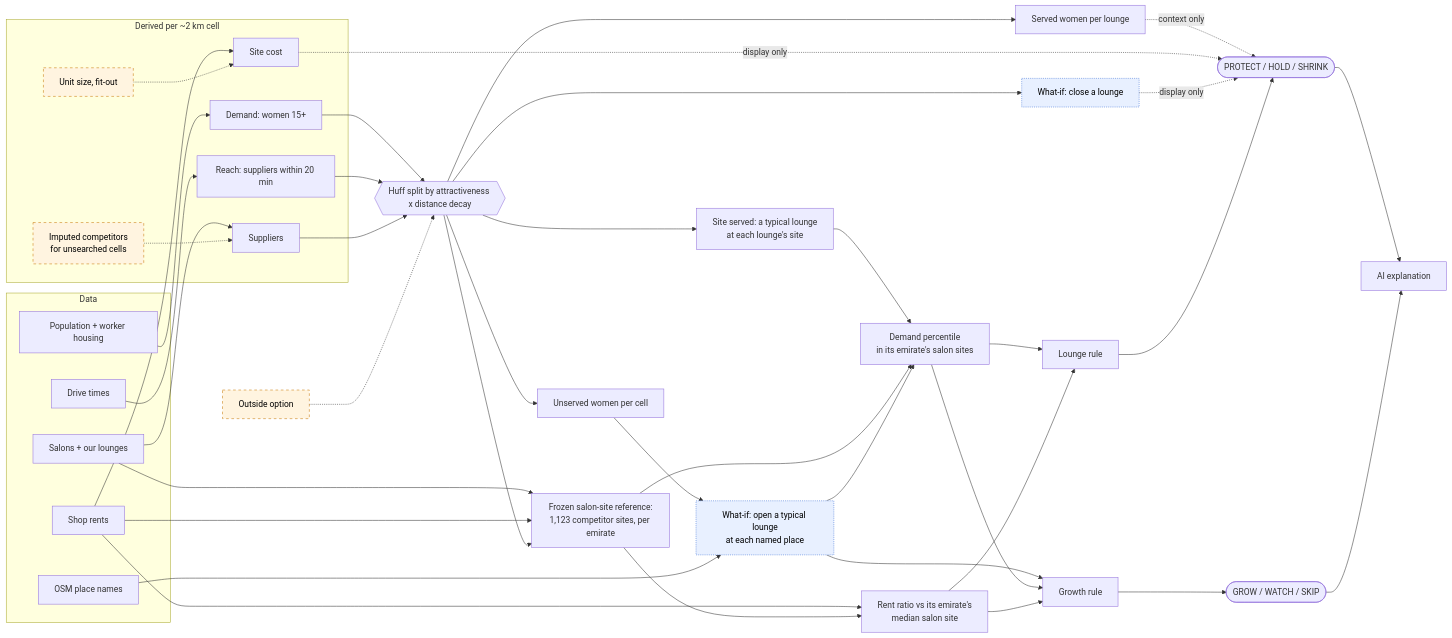
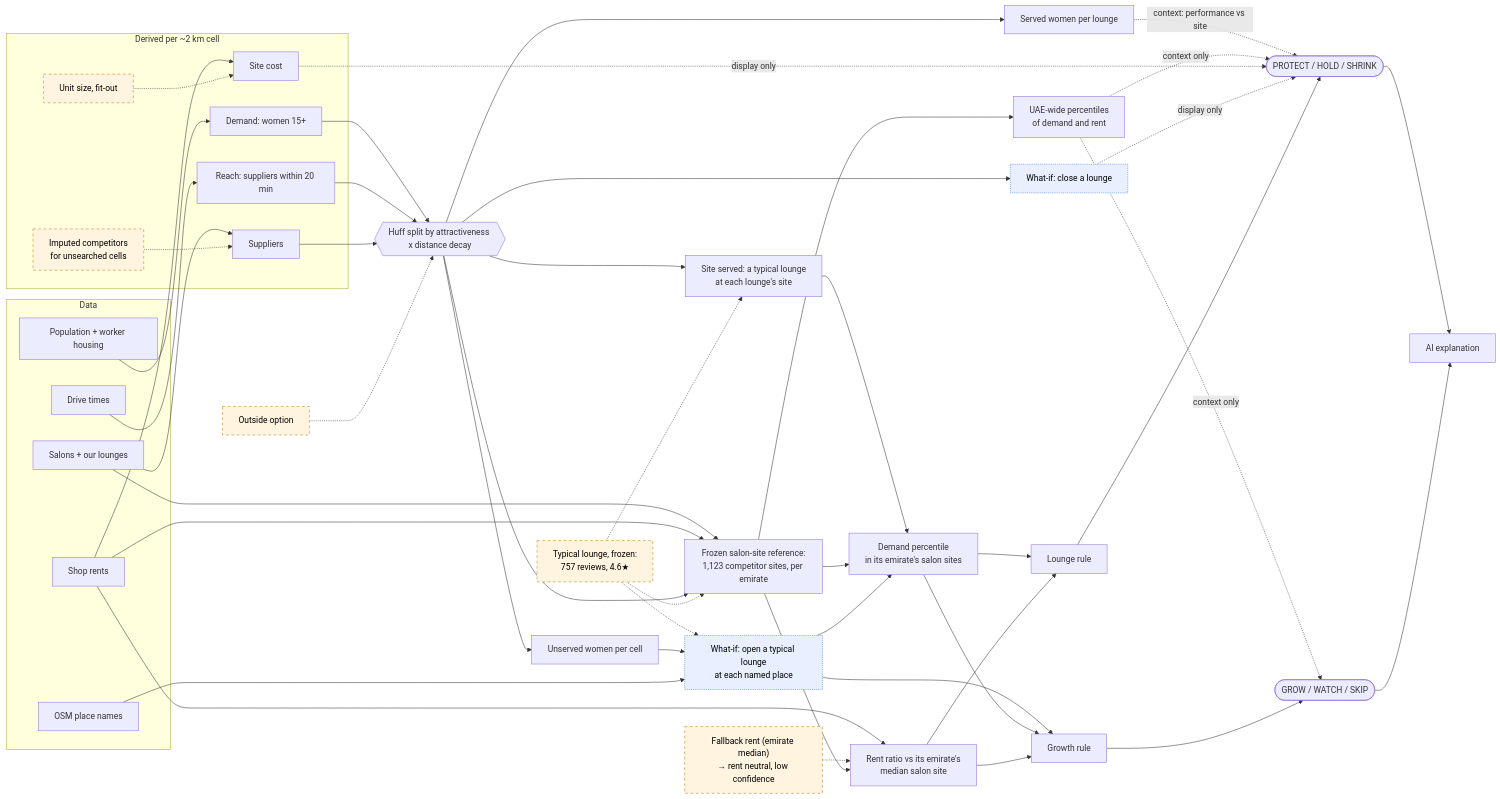
Before and after one commit to thenomadlad/2pz-ai-case-study: the first of 2 diagrams in README.md, drawn with Mermaid. The commit also changed other lines of this file, not shown here.

First line of the commit message:
README: How the model works and both diagrams match the current model (frozen typical lounge, fallback rents neutral, UAE-wide context, COST_ANCHOR and lounge-median baseline dropped); stale counts fixed (34 GROW / 796k, 11 low confidence, Kalba low)

```diff
--- a/README.md
+++ b/README.md
@@ -212,6 +214,9 @@
   SERVED["Served women per lounge"]
   UNSERVED["Unserved women per cell"]
   SITE["Site served: a typical lounge<br/>at each lounge's site"]
+  TYP["Typical lounge, frozen:<br/>757 reviews, 4.6★"]:::assume
+  FB["Fallback rent (emirate median)<br/>→ rent neutral, low confidence"]:::assume
+  UAE["UAE-wide percentiles<br/>of demand and rent"]
   REF["Frozen salon-site reference:<br/>1,123 competitor sites, per emirate"]
   DPCT["Demand percentile<br/>in its emirate's salon sites"]
   RR["Rent ratio vs its emirate's<br/>median salon site"]
@@ -230,6 +235,7 @@
   RENT --> COST
   UNIT -.-> COST
   RENT --> RR
+  FB -.-> RR
   GP --> REF
   RENT --> REF
   DEM --> HUFF
@@ -240,12 +246,18 @@
   HUFF --> UNSERVED
   HUFF --> SITE
   HUFF --> REF
+  TYP -.-> SITE
+  TYP -.-> OPEN
+  TYP -.-> REF
   SITE --> DPCT
   REF --> DPCT
   REF --> RR
   DPCT --> LRULE
   RR --> LRULE
-  SERVED -.->|context only| LCALL
+  SERVED -.->|context: performance vs site| LCALL
+  REF --> UAE
+  UAE -.->|context only| LCALL
+  UAE -.->|context only| GCALL
   COST -.->|display only| LCALL
   HUFF --> CANN
   CANN -.->|display only| LCALL
```
